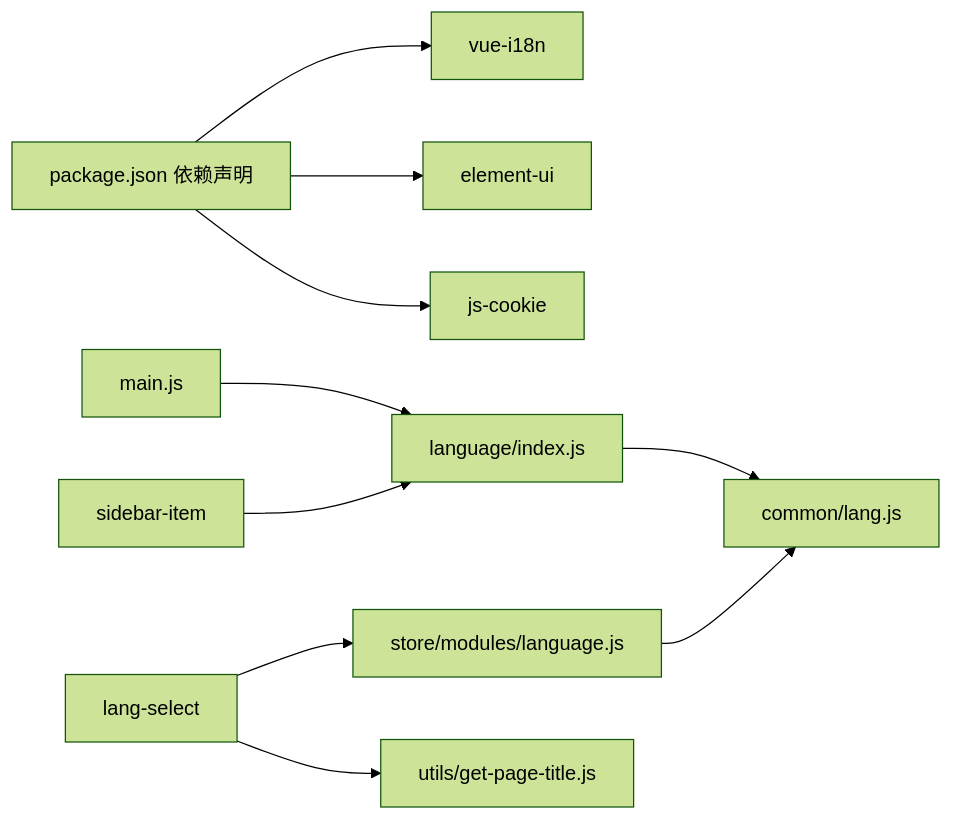
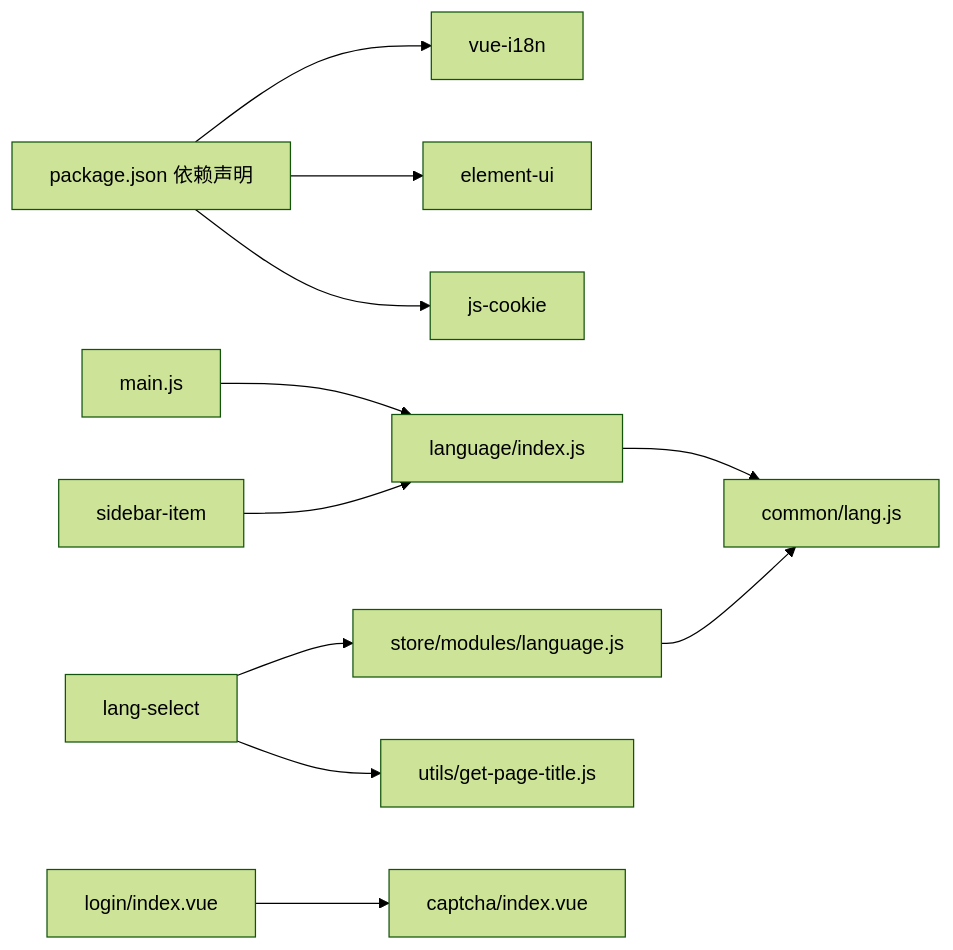
The seventh of 7 diagrams in .qoder/repowiki/zh/content/核心功能/系统设置/多语言国际化.md (Neveryu/vue-cms), drawn with Mermaid (forest theme) before and after one commit. The commit also changed other lines of this file and 25 other files, not shown here.

````diff
--- a/.qoder/repowiki/zh/content/核心功能/系统设置/多语言国际化.md
+++ b/.qoder/repowiki/zh/content/核心功能/系统设置/多语言国际化.md
@@ -332,12 +398,13 @@
 ```mermaid
 graph LR
 P["package.json 依赖声明"] --> VI["vue-i18n"]
 P --> EUI["element-ui"]
 P --> JC["js-cookie"]
 MAIN["main.js"] --> I18N["language/index.js"]
 I18N --> CL["common/lang.js"]
 LS["lang-select"] --> ST["store/modules/language.js"]
 LS --> PT["utils/get-page-title.js"]
+LOGIN["login/index.vue"] --> CAPTCHA["captcha/index.vue"]
 ST --> CL
 SI["sidebar-item"] --> I18N
 ```
````
